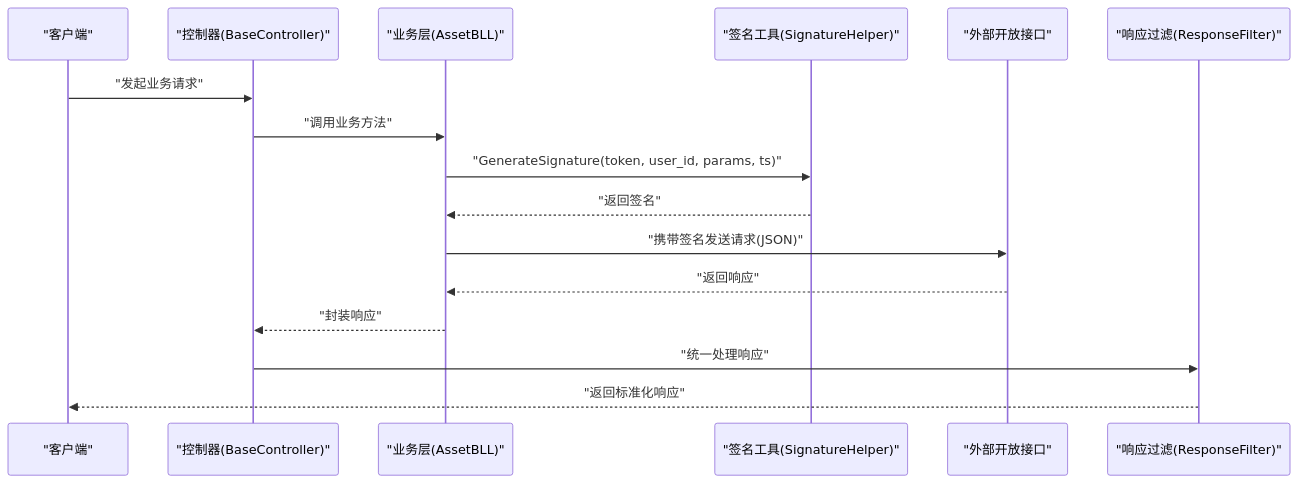
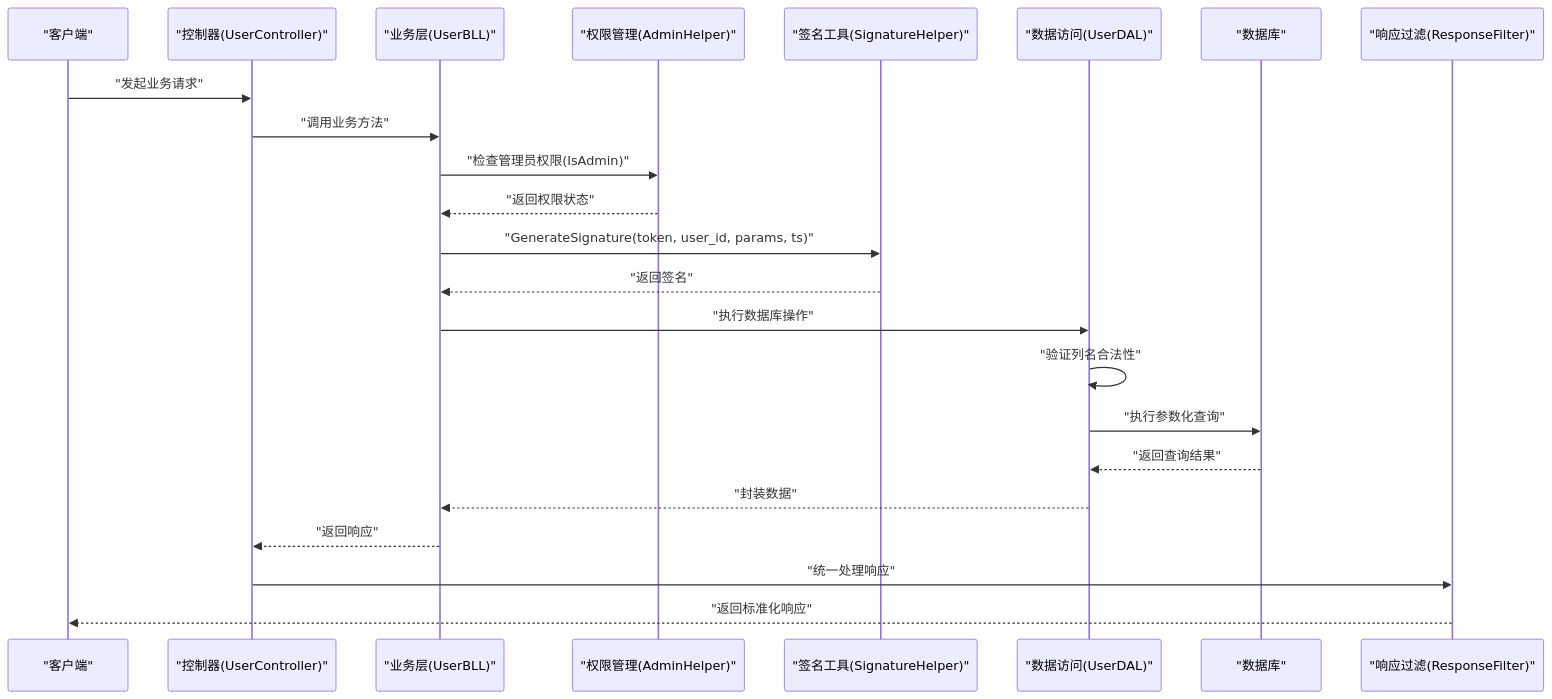
The second of 9 diagrams in .qoder/repowiki/zh/content/后端 API 服务/工具类库/安全加密工具.md (TinyMaD/SpeedRunnersLab), drawn with Mermaid before and after one commit. The commit also changed other lines of this file and 29 other files, not shown here.

````diff
--- a/.qoder/repowiki/zh/content/后端 API 服务/工具类库/安全加密工具.md
+++ b/.qoder/repowiki/zh/content/后端 API 服务/工具类库/安全加密工具.md
@@ -122,18 +154,25 @@
 ```mermaid
 sequenceDiagram
 participant C as "客户端"
-participant Ctrl as "控制器(BaseController)"
-participant BLL as "业务层(AssetBLL)"
+participant Ctrl as "控制器(UserController)"
+participant BLL as "业务层(UserBLL)"
+participant Perm as "权限管理(AdminHelper)"
 participant Sign as "签名工具(SignatureHelper)"
-participant Ext as "外部开放接口"
+participant DAL as "数据访问(UserDAL)"
+participant DB as "数据库"
 participant F as "响应过滤(ResponseFilter)"
 C->>Ctrl : "发起业务请求"
 Ctrl->>BLL : "调用业务方法"
+BLL->>Perm : "检查管理员权限(IsAdmin)"
+Perm-->>BLL : "返回权限状态"
 BLL->>Sign : "GenerateSignature(token, user_id, params, ts)"
 Sign-->>BLL : "返回签名"
-BLL->>Ext : "携带签名发送请求(JSON)"
-Ext-->>BLL : "返回响应"
-BLL-->>Ctrl : "封装响应"
+BLL->>DAL : "执行数据库操作"
+DAL->>DAL : "验证列名合法性"
+DAL->>DB : "执行参数化查询"
+DB-->>DAL : "返回查询结果"
+DAL-->>BLL : "封装数据"
+BLL-->>Ctrl : "返回响应"
 Ctrl->>F : "统一处理响应"
 F-->>C : "返回标准化响应"
 ```
````
